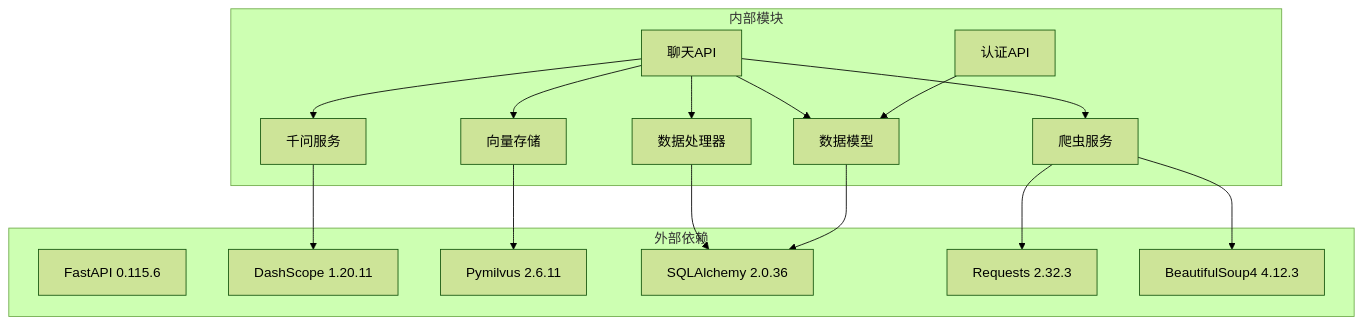
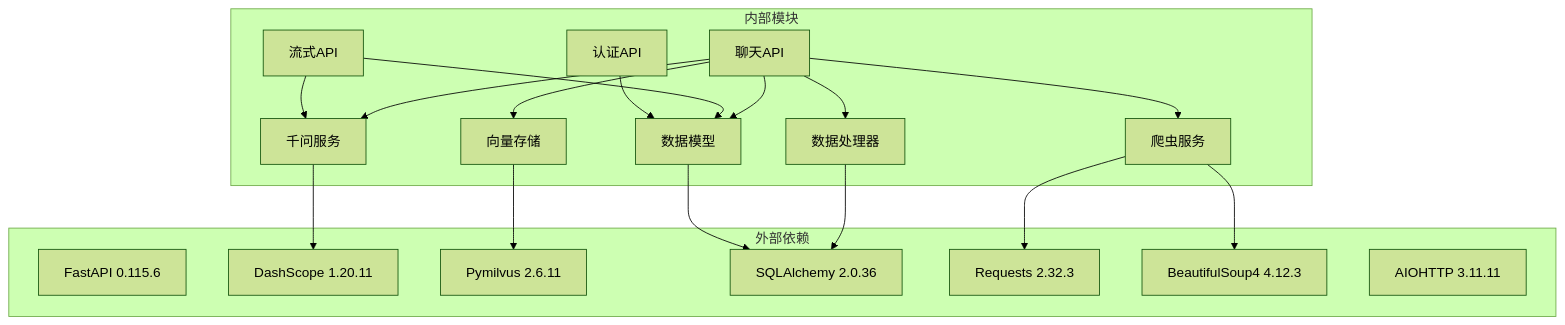
One commit to ghbbn053-ship-itsoulddog/soulddog changed the eighth of 8 diagrams in .qoder/repowiki/zh/content/后端API文档/聊天API增强.md. Above: the diagram before and after it, drawn with Mermaid (forest theme). The commit also changed other lines of this file and 13 other files, not shown here.

````diff
--- a/.qoder/repowiki/zh/content/后端API文档/聊天API增强.md
+++ b/.qoder/repowiki/zh/content/后端API文档/聊天API增强.md
@@ -474,32 +635,36 @@
 ```mermaid
 graph TB
 subgraph "外部依赖"
 FastAPI[FastAPI 0.115.6]
 DashScope[DashScope 1.20.11]
 Milvus[Pymilvus 2.6.11]
 SQLAlchemy[SQLAlchemy 2.0.36]
 Requests[Requests 2.32.3]
 BeautifulSoup[BeautifulSoup4 4.12.3]
+AIOHTTP[AIOHTTP 3.11.11]
 end
 subgraph "内部模块"
 ChatAPI[聊天API]
+StreamAPI[流式API]
 AuthAPI[认证API]
 QwenService[千问服务]
 VectorStore[向量存储]
 DataProcessor[数据处理器]
 Scraper[爬虫服务]
 Models[数据模型]
 end
 ChatAPI --> QwenService
 ChatAPI --> VectorStore
 ChatAPI --> DataProcessor
 ChatAPI --> Scraper
 ChatAPI --> Models
+StreamAPI --> QwenService
+StreamAPI --> Models
 AuthAPI --> Models
 QwenService --> DashScope
 VectorStore --> Milvus
 DataProcessor --> SQLAlchemy
 Scraper --> Requests
 Scraper --> BeautifulSoup
 Models --> SQLAlchemy
 ```
````
